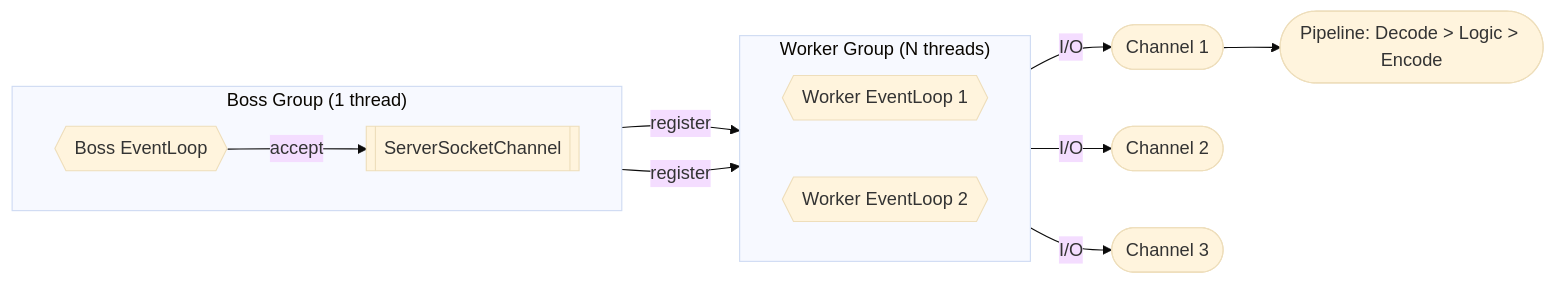
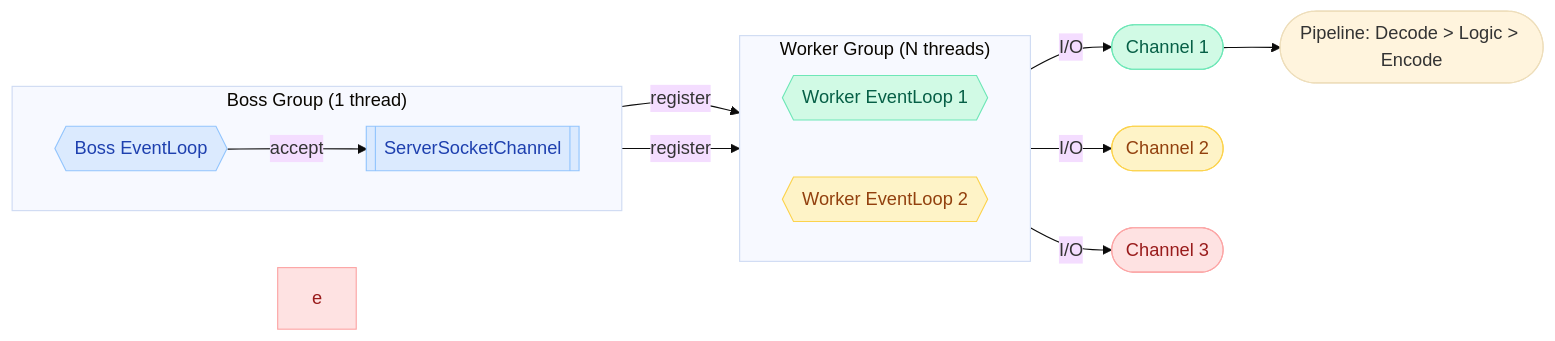
One commit to saivamsikaruturi/vamsilabs-dev-notes-main changed the seventh of 8 diagrams in docs/java/NIO.md. Above: the diagram before and after it, drawn with Mermaid (base theme). The commit also changed other lines of this file and 220 other files, not shown here.

First line of the commit message:
Add 50+ new Java/Spring Boot pages, rewrite CSS code blocks to Oracle style, fix all diagram colors

````diff
--- a/docs/java/NIO.md
+++ b/docs/java/NIO.md
@@ -243,18 +267,27 @@
 ```mermaid
 flowchart LR
     subgraph "Boss Group (1 thread)"
         direction LR
         BOSS{{"Boss EventLoop"}} -->|accept| SSC2[["ServerSocketChannel"]]
     end
     subgraph "Worker Group (N threads)"
         direction LR
         W1{{"Worker EventLoop 1"}}
         W2{{"Worker EventLoop 2"}}
     end
     BOSS -->|register| W1
     BOSS -->|register| W2
     W1 -->|I/O| CH1(["Channel 1"])
     W1 -->|I/O| CH2(["Channel 2"])
     W2 -->|I/O| CH3(["Channel 3"])
     CH1 --> P1(["Pipeline: Decode > Logic > Encode"])
+
+    style BOSS fill:#DBEAFE,stroke:#93C5FD,color:#1E40AF
+    style CH1 fill:#D1FAE5,stroke:#6EE7B7,color:#065F46
+    style CH2 fill:#FEF3C7,stroke:#FCD34D,color:#92400E
+    style CH3 fill:#FEE2E2,stroke:#FCA5A5,color:#991B1B
+    style SSC2 fill:#DBEAFE,stroke:#93C5FD,color:#1E40AF
+    style W1 fill:#D1FAE5,stroke:#6EE7B7,color:#065F46
+    style W2 fill:#FEF3C7,stroke:#FCD34D,color:#92400E
+    style e fill:#FEE2E2,stroke:#FCA5A5,color:#991B1B
 ```
````
